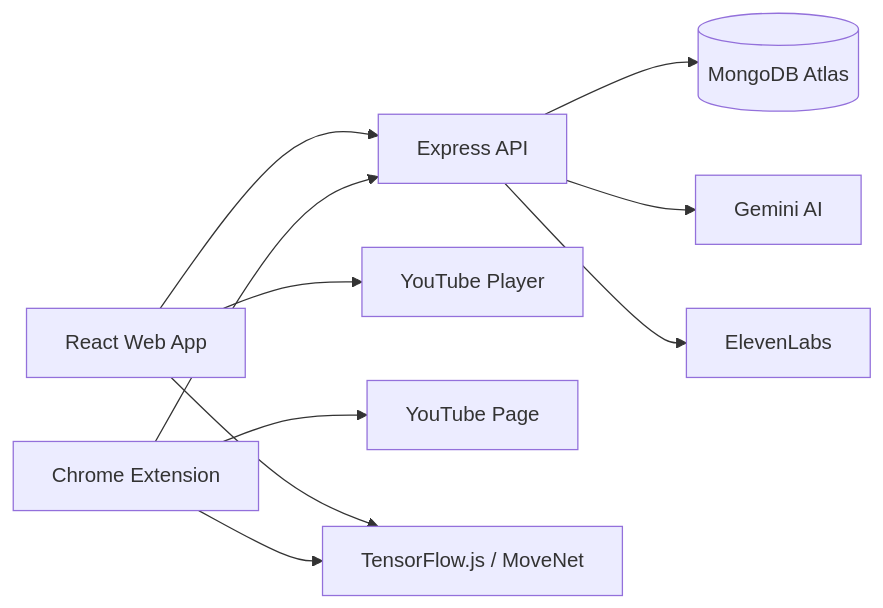
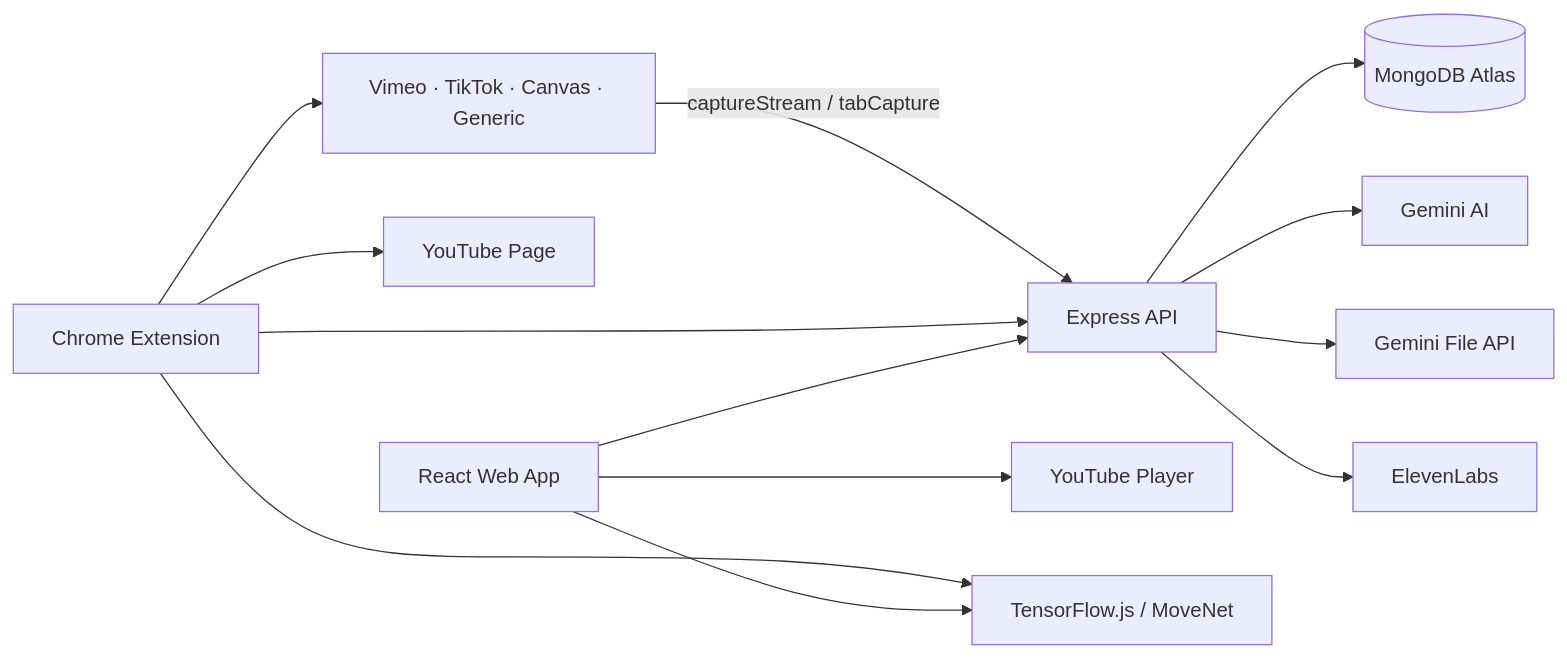
Before and after one commit to aysesule2405/framewise: the diagram in README.md, drawn with Mermaid. The commit also changed other lines of this file and 31 other files, not shown here.

````diff
--- a/README.md
+++ b/README.md
@@ -214,12 +221,15 @@
 ```mermaid
 flowchart LR
   Web[React Web App] --> API[Express API]
   Extension[Chrome Extension] --> API
   API --> Mongo[(MongoDB Atlas)]
   API --> Gemini[Gemini AI]
+  API --> GeminiFile[Gemini File API]
   API --> Eleven[ElevenLabs]
   Web --> Player[YouTube Player]
   Extension --> YouTube[YouTube Page]
+  Extension --> OtherVideo[Vimeo · TikTok · Canvas · Generic]
+  OtherVideo -->|captureStream / tabCapture| API
   Web --> Pose[TensorFlow.js / MoveNet]
   Extension --> Pose
 ```
````
